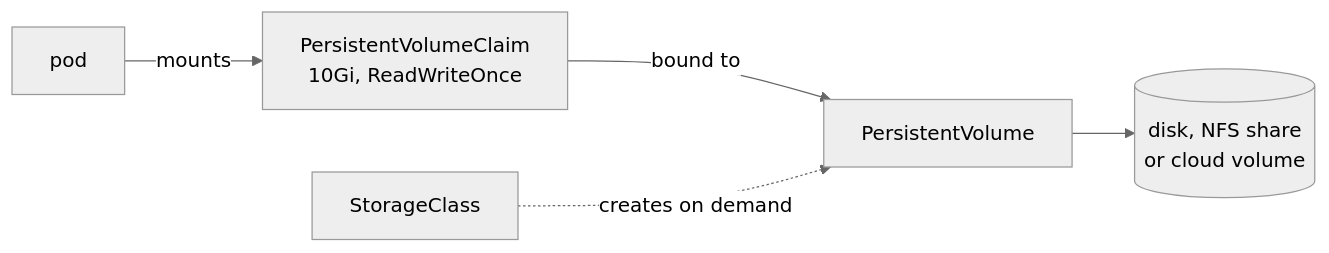
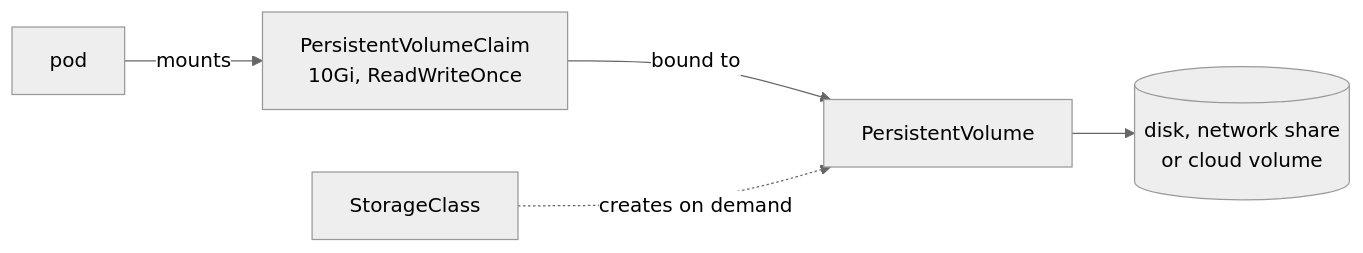
One commit to jclapdev/cka-study changed the diagram in learn/storage.md. Above: the diagram before and after it, drawn with Mermaid (neutral theme). The commit also changed other lines of this file and 57 other files, not shown here.

````diff
--- a/learn/storage.md
+++ b/learn/storage.md
@@ -24,7 +24,7 @@
 ```mermaid
 flowchart LR
   P[pod] -->|mounts| C[PersistentVolumeClaim<br/>10Gi, ReadWriteOnce]
   C -->|bound to| V[PersistentVolume]
-  V --> D[(disk, NFS share<br/>or cloud volume)]
+  V --> D[(disk, network share<br/>or cloud volume)]
   SC[StorageClass] -.->|creates on demand| V
 ```
````
